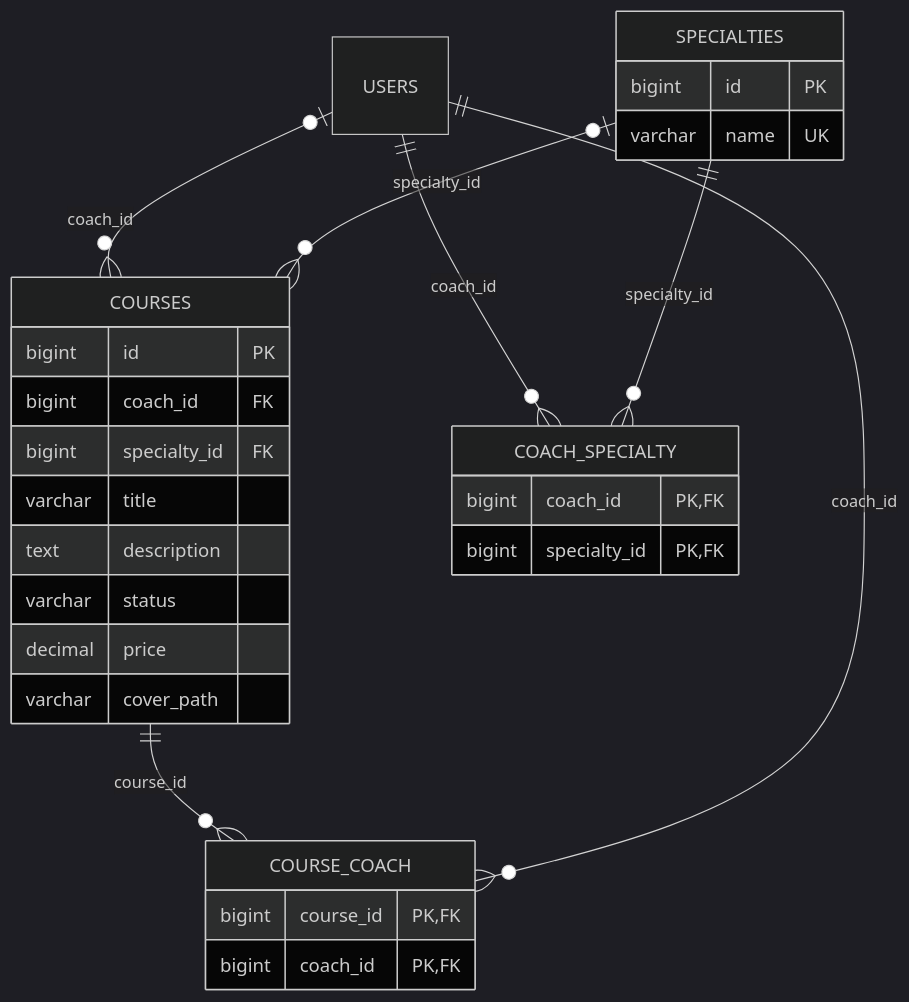
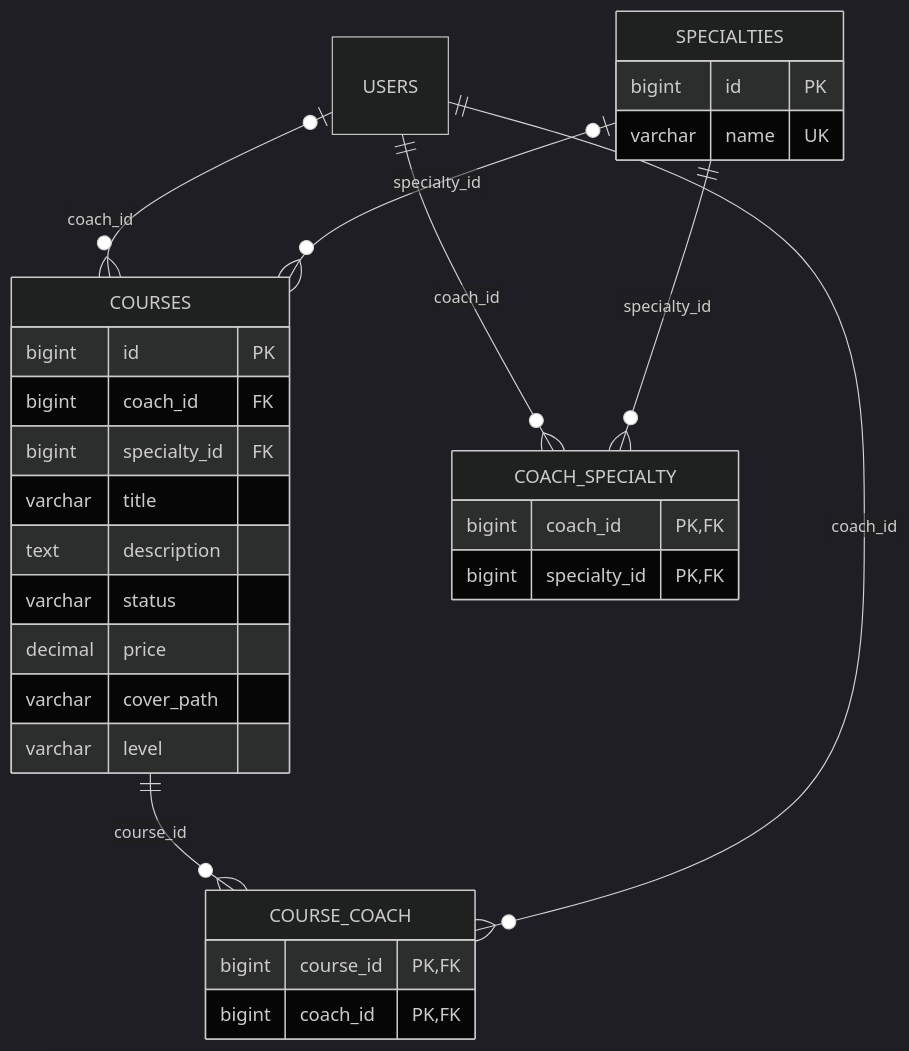
The diagram in docs/COURSE_DATA_MODEL.md (Fokjobok/dawtfg), drawn with Mermaid (dark theme) before and after one commit. The commit also changed other lines of this file and 34 other files, not shown here.

````diff
--- a/docs/COURSE_DATA_MODEL.md
+++ b/docs/COURSE_DATA_MODEL.md
@@ -29,31 +30,32 @@
 ```mermaid
 erDiagram
     USERS o|--o{ COURSES : coach_id
     SPECIALTIES o|--o{ COURSES : specialty_id
     USERS ||--o{ COACH_SPECIALTY : coach_id
     SPECIALTIES ||--o{ COACH_SPECIALTY : specialty_id
     COURSES ||--o{ COURSE_COACH : course_id
     USERS ||--o{ COURSE_COACH : coach_id
     COURSES {
         bigint id PK
         bigint coach_id FK
         bigint specialty_id FK
         varchar title
         text description
         varchar status
         decimal price
         varchar cover_path
+        varchar level
     }
     SPECIALTIES {
         bigint id PK
         varchar name UK
     }
     COACH_SPECIALTY {
         bigint coach_id PK,FK
         bigint specialty_id PK,FK
     }
     COURSE_COACH {
         bigint course_id PK,FK
         bigint coach_id PK,FK
     }
 ```
````
